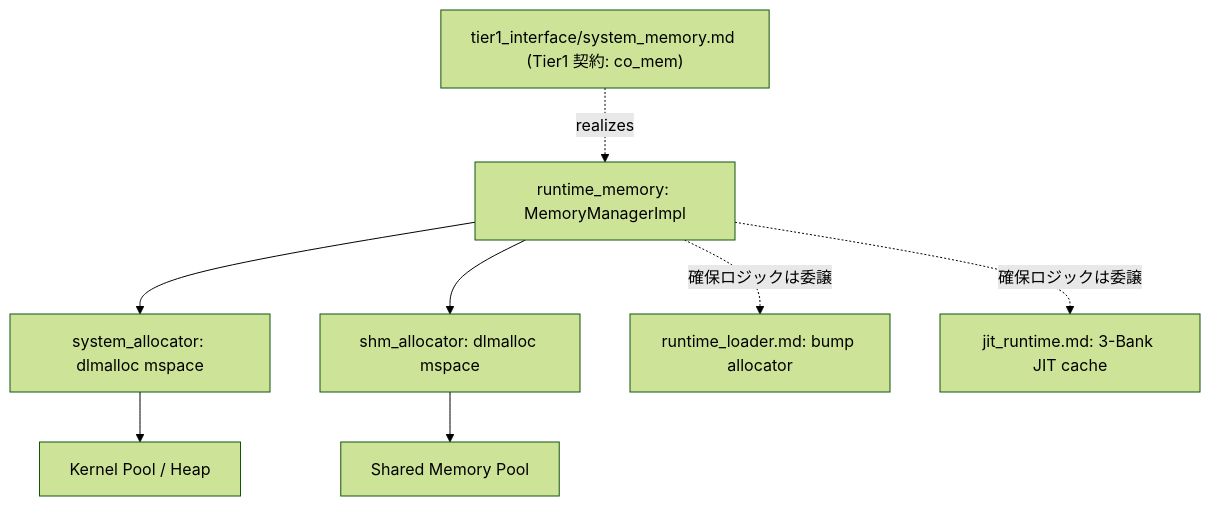
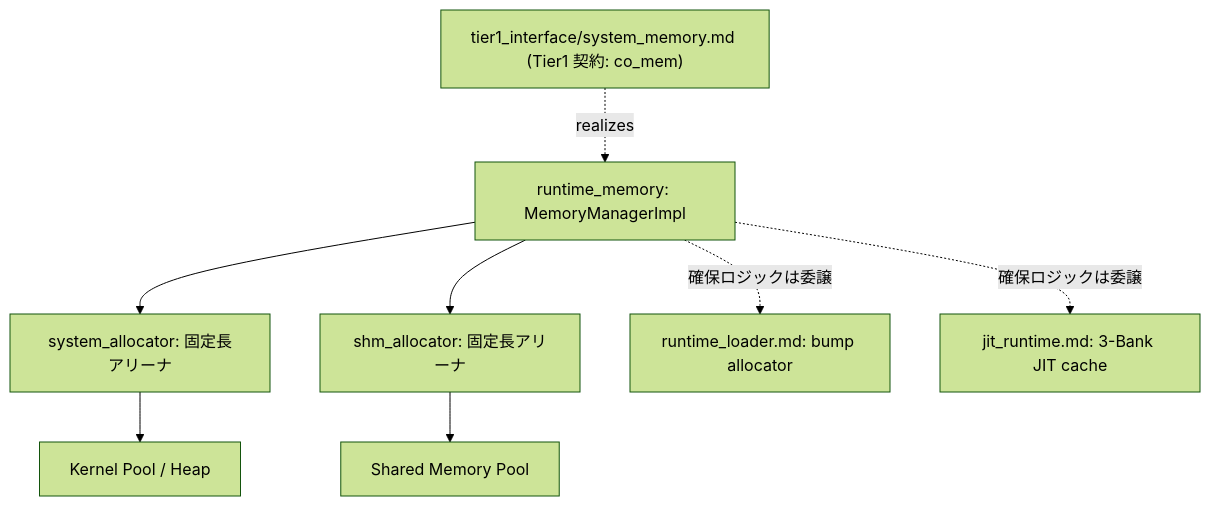
Before and after one commit to kmt-t/fireball: the diagram in docs/components/tier2_runtime/runtime_memory.md, drawn with Mermaid (forest theme). The commit also changed other lines of this file and 87 other files, not shown here.

````diff
--- a/docs/components/tier2_runtime/runtime_memory.md
+++ b/docs/components/tier2_runtime/runtime_memory.md
@@ -26,10 +26,10 @@
 ```mermaid
 flowchart TD
     Contract["tier1_interface/system_memory.md (Tier1 契約: co_mem)"] -.->|realizes| Impl[runtime_memory: MemoryManagerImpl]
-    Impl --> SysAlloc[system_allocator: dlmalloc mspace]
-    Impl --> ShmAlloc[shm_allocator: dlmalloc mspace]
+    Impl --> SysAlloc[system_allocator: 固定長アリーナ]
+    Impl --> ShmAlloc[shm_allocator: 固定長アリーナ]
     SysAlloc --> KernelPool["Kernel Pool / Heap"]
     ShmAlloc --> SharedRegion["Shared Memory Pool"]
     Impl -.->|確保ロジックは委譲| RuntimeArena["runtime_loader.md: bump allocator"]
     Impl -.->|確保ロジックは委譲| JitCache["jit_runtime.md: 3-Bank JIT cache"]
 ```
````
